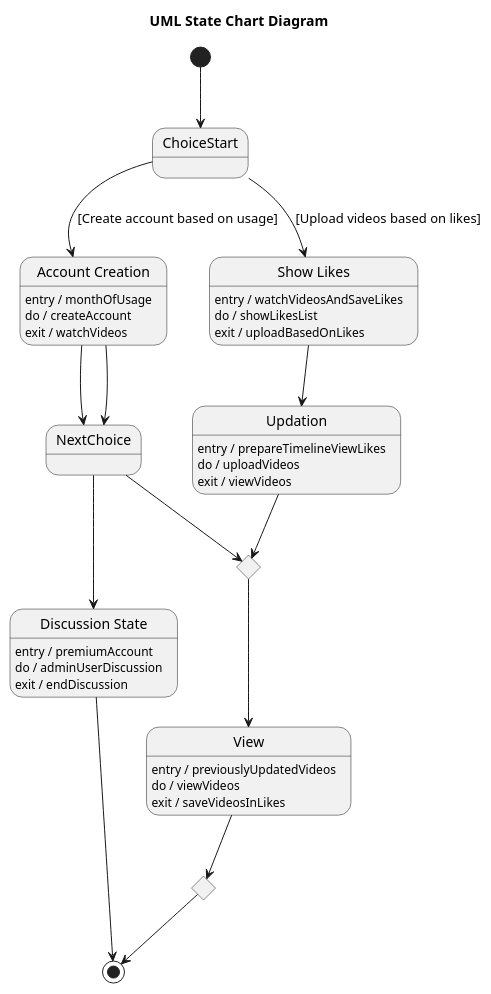
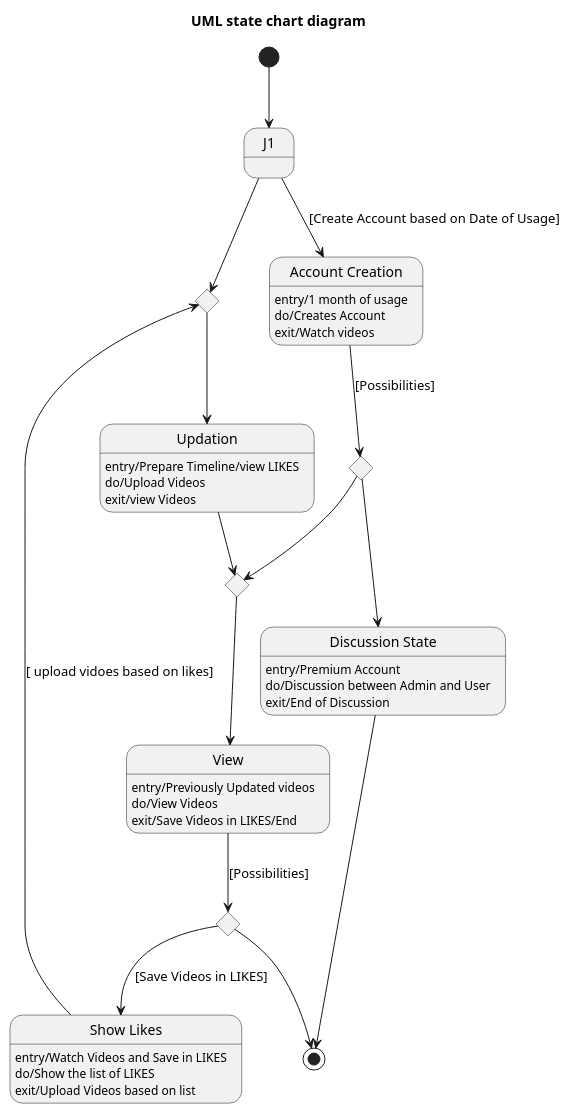
The diagram in dataset/case_30_placement_automation_system/diagram.puml (maimunafaria/State_transition_Diagram_generated_by_LLM), drawn with PlantUML before and after one commit. The commit also changed 32 other files, not shown here.

Commit message:
plantuml diagram validated

```diff
--- a/dataset/case_30_placement_automation_system/diagram.puml
+++ b/dataset/case_30_placement_automation_system/diagram.puml
@@ -1,67 +1,56 @@
 @startuml
-title UML State Chart Diagram
+title UML state chart diagram
 
-'========================
-' Start
-'========================
-[*] --> ChoiceStart
+[*] --> J1
+state J1 <<choice>>
+state J7 <<choice>>
 
-state ChoiceStart <<choice>>
+J1 --> AccountCreation : [Create Account based on Date of Usage]
+J1 --> J7
+state "Account Creation" as AccountCreation
+AccountCreation : entry/1 month of usage
+AccountCreation : do/Creates Account
+AccountCreation : exit/Watch videos
 
-state "Account Creation" as AccountCreation
-AccountCreation : entry / monthOfUsage
-AccountCreation : do / createAccount
-AccountCreation : exit / watchVideos
+state "Updation" as Updation
+Updation : entry/Prepare Timeline/view LIKES
+Updation : do/Upload Videos
+Updation : exit/view Videos
+
+state "Discussion State" as Discussion
+Discussion : entry/Premium Account
+Discussion : do/Discussion between Admin and User
+Discussion : exit/End of Discussion
+
+state "View" as View
+View : entry/Previously Updated videos
+View : do/View Videos
+View : exit/Save Videos in LIKES/End
 
 state "Show Likes" as ShowLikes
-ShowLikes : entry / watchVideosAndSaveLikes
-ShowLikes : do / showLikesList
-ShowLikes : exit / uploadBasedOnLikes
+ShowLikes : entry/Watch Videos and Save in LIKES
+ShowLikes : do/Show the list of LIKES
+ShowLikes : exit/Upload Videos based on list
 
-ChoiceStart --> AccountCreation : [Create account based on usage]
-ChoiceStart --> ShowLikes : [Upload videos based on likes]
+state J2 <<choice>>
+state J3 <<choice>>
+state J4 <<choice>>
 
-'========================
-' Update flow
-'========================
-state "Updation" as Updation
-Updation : entry / prepareTimelineViewLikes
-Updation : do / uploadVideos
-Updation : exit / viewVideos
+AccountCreation --> J2 : [Possibilities]
+J7 --> Updation
+ShowLikes --> J7 : [ upload vidoes based on likes]
+J2 --> Discussion
+J2 --> J3
 
-AccountCreation --> NextChoice
-ShowLikes --> Updation
+Updation--> J3 
+J3 --> View
 
-state NextChoice <<choice>>
-AccountCreation --> NextChoice
+View --> J4 : [Possibilities]
+J4 --> [*]
 
-state "Discussion State" as Discussion
-Discussion : entry / premiumAccount
-Discussion : do / adminUserDiscussion
-Discussion : exit / endDiscussion
 
-state MergePoint <<choice>>
-NextChoice --> Discussion
-NextChoice --> MergePoint
+J4 --> ShowLikes : [Save Videos in LIKES]
 
-'========================
-' View
-'========================
-state "View" as View
-View : entry / previouslyUpdatedVideos
-View : do / viewVideos
-View : exit / saveVideosInLikes
-
-Updation --> MergePoint
-MergePoint --> View
-
-'========================
-' Final choices
-'========================
-state EndChoice <<choice>>
-View --> EndChoice
-
-EndChoice --> [*]
 Discussion --> [*]
 
 @enduml
```
